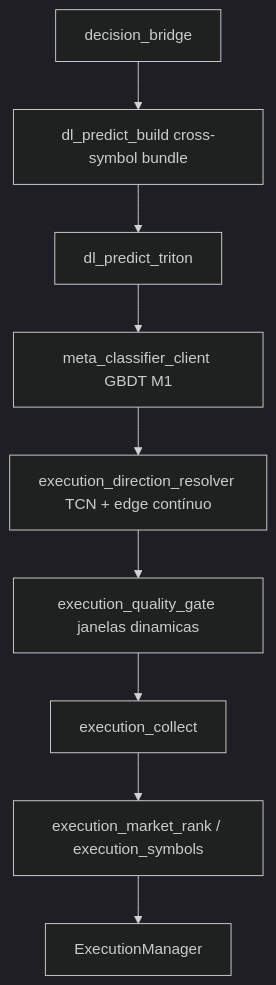
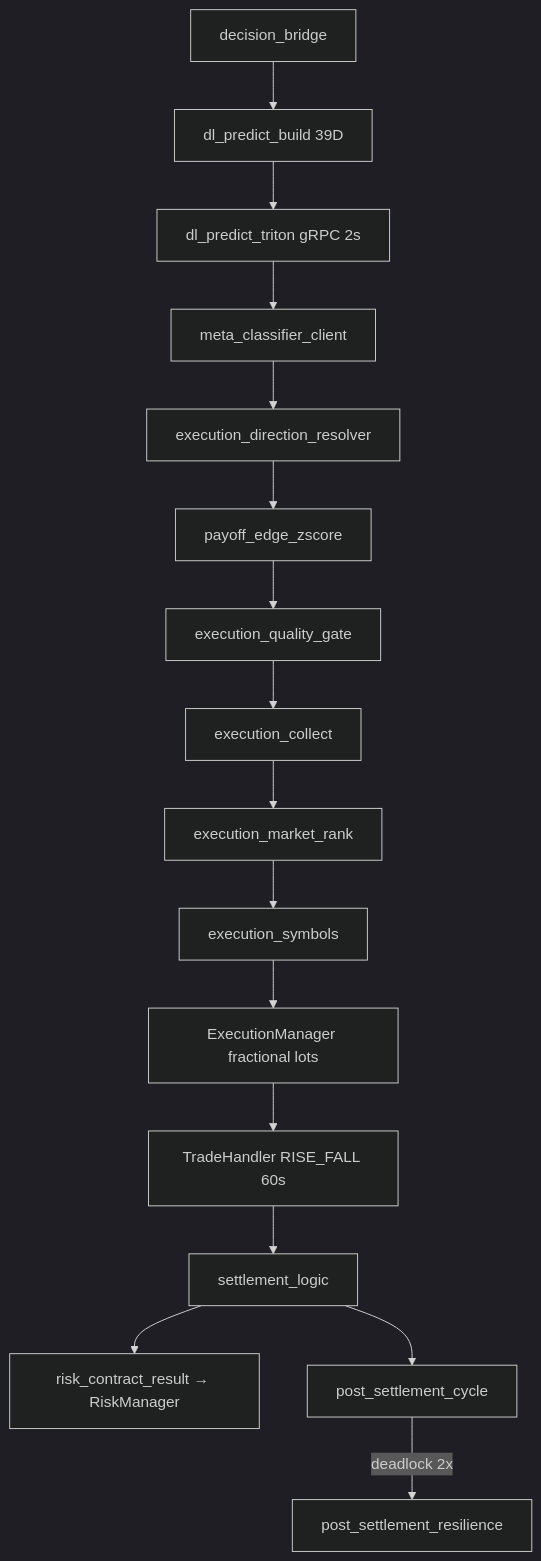
Before and after one commit to victorh-silveira/aether-quantum-engine: the diagram in docs/structure.md, drawn with Mermaid (dark theme). The commit also changed other lines of this file and 83 other files, not shown here.

````diff
--- a/docs/structure.md
+++ b/docs/structure.md
@@ -67,11 +416,18 @@
 ```mermaid
 flowchart TD
-  BR[decision_bridge] --> BUNDLE[dl_predict_build cross-symbol bundle]
-  BUNDLE --> PRED[dl_predict_triton]
-  PRED --> META[meta_classifier_client GBDT M1]
-  META --> RES[execution_direction_resolver TCN + edge contínuo]
-  RES --> QG[execution_quality_gate janelas dinamicas]
+  BR[decision_bridge] --> BUNDLE[dl_predict_build 39D]
+  BUNDLE --> PRED[dl_predict_triton gRPC 2s]
+  PRED --> META[meta_classifier_client]
+  META --> RES[execution_direction_resolver]
+  RES --> ZS[payoff_edge_zscore]
+  ZS --> QG[execution_quality_gate]
   QG --> COL[execution_collect]
-  COL --> RANK[execution_market_rank / execution_symbols]
-  RANK --> EM[ExecutionManager]
+  COL --> RANK[execution_market_rank]
+  RANK --> SYM[execution_symbols]
+  SYM --> EM[ExecutionManager fractional lots]
+  EM --> TH[TradeHandler RISE_FALL 60s]
+  TH --> ST[settlement_logic]
+  ST --> RM[risk_contract_result → RiskManager]
+  ST --> PSC[post_settlement_cycle]
+  PSC -->|deadlock 2x| REC[post_settlement_resilience]
 ```
````
